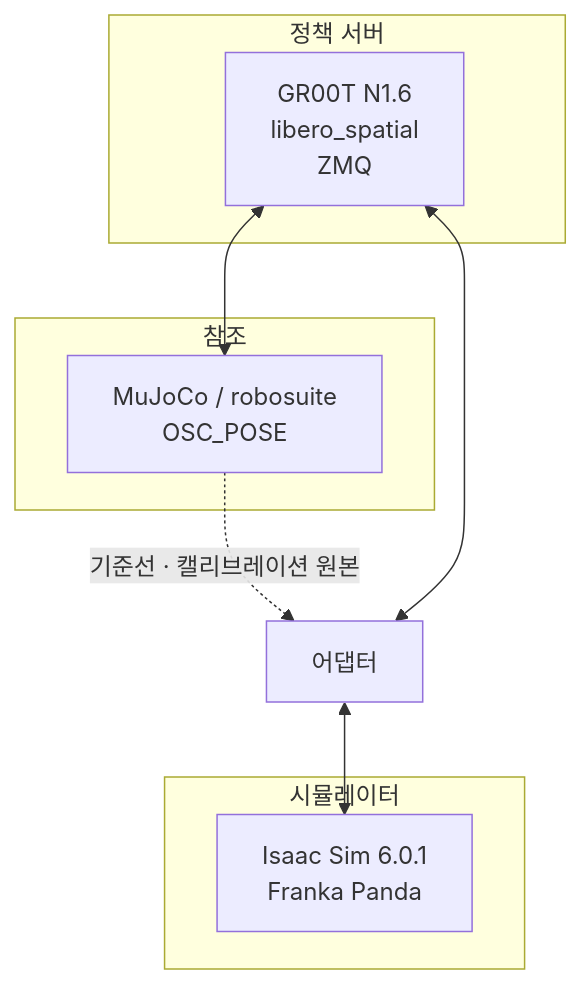
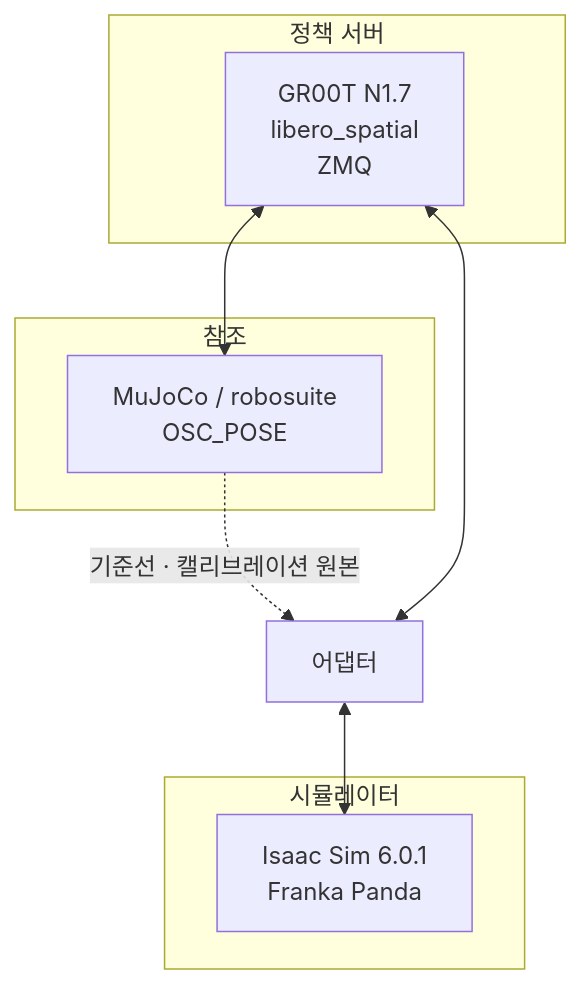
The diagram in docs/methodology.md (SungjinDavidLee/Libero-GR00T-in-IsaacSim), drawn with Mermaid before and after one commit. The commit also changed other lines of this file and 24 other files, not shown here.

````diff
--- a/docs/methodology.md
+++ b/docs/methodology.md
@@ -9,16 +9,16 @@
 ```mermaid
 graph TD
     subgraph POL["정책 서버"]
-        G["GR00T N1.6<br/>libero_spatial<br/>ZMQ"]
+        G["GR00T N1.7<br/>libero_spatial<br/>ZMQ"]
     end
     subgraph SIM["시뮬레이터"]
         I["Isaac Sim 6.0.1<br/>Franka Panda"]
     end
     subgraph REF["참조"]
         M["MuJoCo / robosuite<br/>OSC_POSE"]
     end
     A["어댑터"] <--> G
     A <--> I
     G <--> M
     M -.기준선 · 캘리브레이션 원본.-> A
 ```
````
